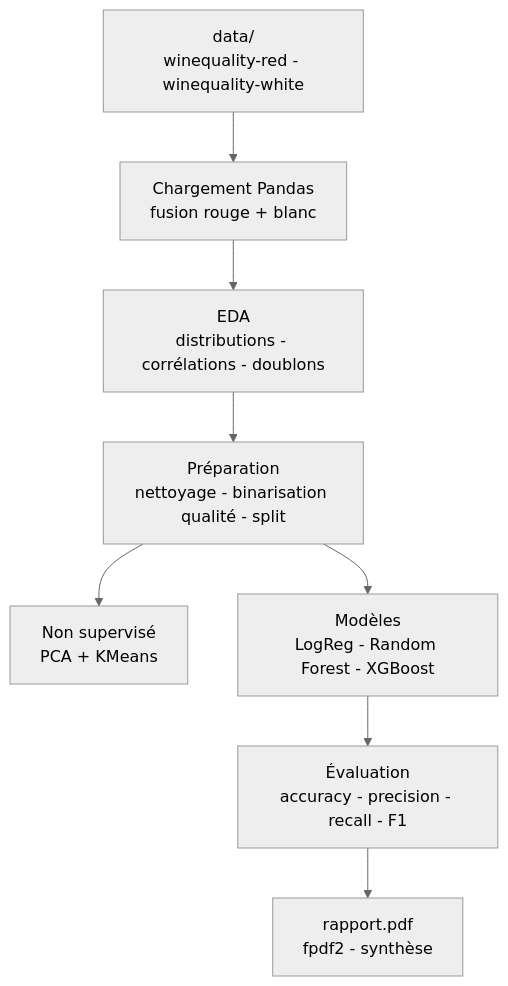
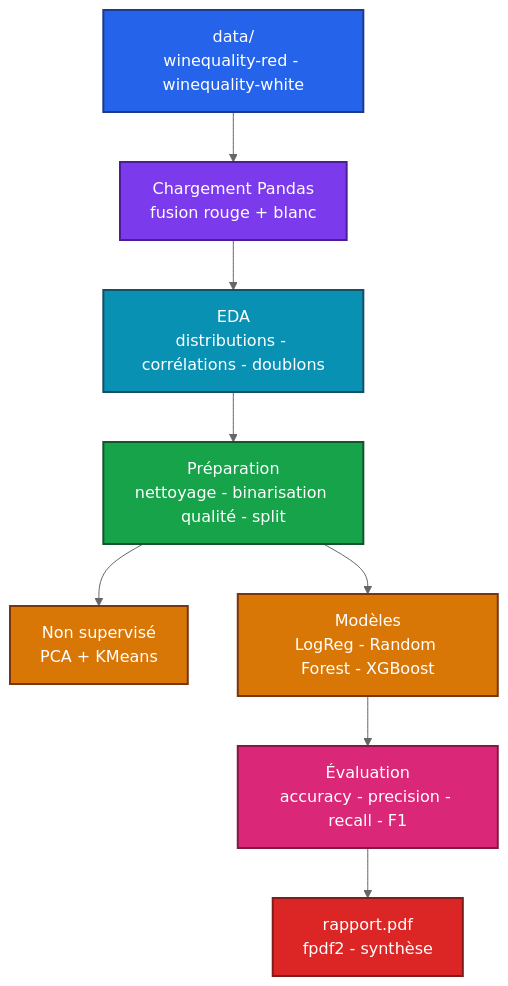
One commit to Adam-Blf/ProjetML-EFREI changed the diagram in README.md. Above: the diagram before and after it, drawn with Mermaid (neutral theme).

Commit message:
docs: add colors to mermaid diagrams (#4)
Each node gets a palette class (by subgraph or by flow depth), subgraphs are tinted, non-flowchart diagrams use a colored base theme. Validated by rendering every diagram before and after.

````diff
--- a/README.md
+++ b/README.md
@@ -38,19 +38,34 @@
 ```mermaid
 flowchart TB
     DATA["data/<br/>winequality-red - winequality-white"]
     LOAD["Chargement Pandas<br/>fusion rouge + blanc"]
     EDA["EDA<br/>distributions - corrélations - doublons"]
     PREP["Préparation<br/>nettoyage - binarisation qualité - split"]
     UNSUP["Non supervisé<br/>PCA + KMeans"]
     MODELS["Modèles<br/>LogReg - Random Forest - XGBoost"]
     EVAL["Évaluation<br/>accuracy - precision - recall - F1"]
     REPORT["rapport.pdf<br/>fpdf2 - synthèse"]
 
     DATA --> LOAD
     LOAD --> EDA
     EDA --> PREP
     PREP --> UNSUP
     PREP --> MODELS
     MODELS --> EVAL
     EVAL --> REPORT
+
+    classDef c0 fill:#2563eb,stroke:#1e3a8a,stroke-width:2px,color:#ffffff
+    classDef c1 fill:#7c3aed,stroke:#4c1d95,stroke-width:2px,color:#ffffff
+    classDef c2 fill:#0891b2,stroke:#164e63,stroke-width:2px,color:#ffffff
+    classDef c3 fill:#16a34a,stroke:#14532d,stroke-width:2px,color:#ffffff
+    classDef c4 fill:#d97706,stroke:#78350f,stroke-width:2px,color:#ffffff
+    classDef c5 fill:#db2777,stroke:#831843,stroke-width:2px,color:#ffffff
+    classDef c6 fill:#dc2626,stroke:#7f1d1d,stroke-width:2px,color:#ffffff
+    class DATA c0
+    class LOAD c1
+    class EDA c2
+    class PREP c3
+    class UNSUP,MODELS c4
+    class EVAL c5
+    class REPORT c6
 ```
````
